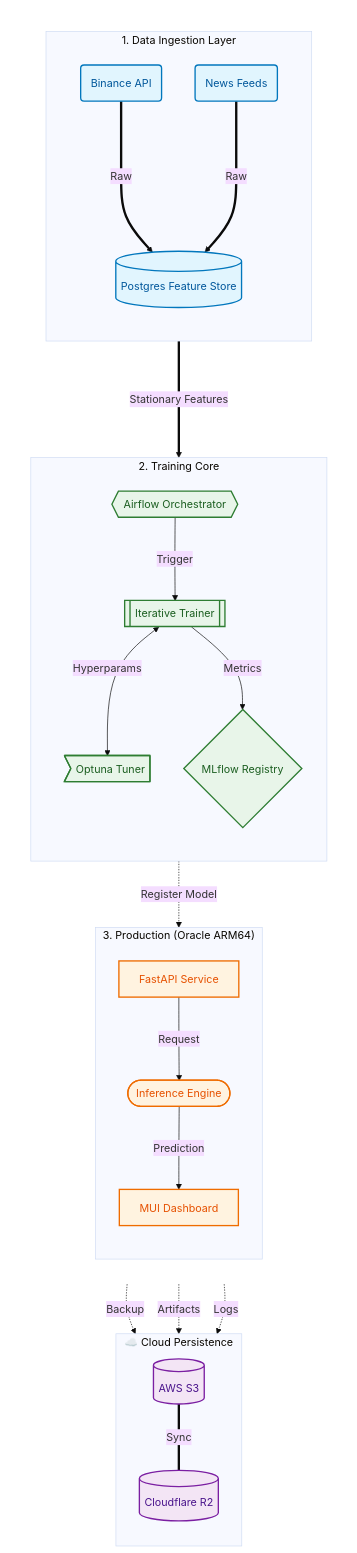
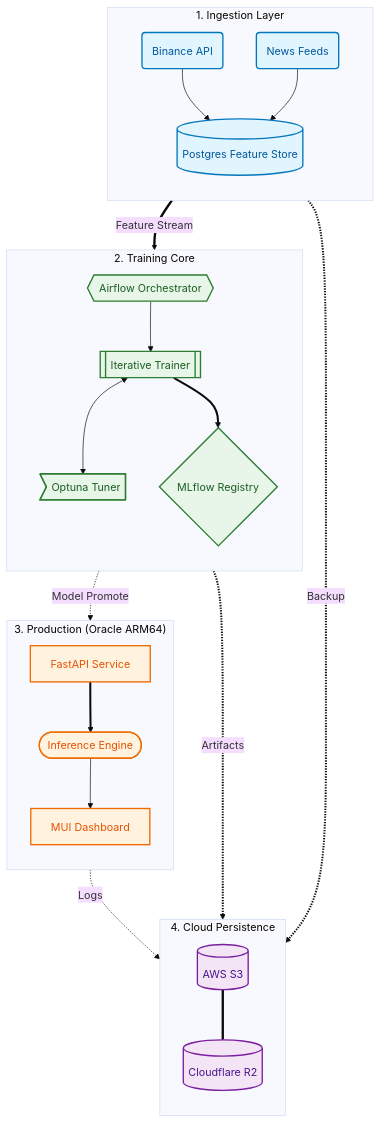
Before and after one commit to ChuLiYu/alphapulse-mlops-platform: the diagram in README.md, drawn with Mermaid (base theme).

Commit message:
docs: optimize mermaid layering by reordering link definitions

````diff
--- a/README.md
+++ b/README.md
@@ -14,73 +14,73 @@
 ```mermaid
 %%{init: {'flowchart': {'curve': 'basis'}}}%%
 flowchart TD
     %% --- Color Palette ---
     classDef data fill:#E1F5FE,stroke:#0277BD,stroke-width:2px,color:#01579B;
     classDef compute fill:#E8F5E9,stroke:#2E7D32,stroke-width:2px,color:#1B5E20;
     classDef prod fill:#FFF3E0,stroke:#EF6C00,stroke-width:2px,color:#E65100;
     classDef storage fill:#F3E5F5,stroke:#7B1FA2,stroke-width:2px,color:#4A148C;
-    
-    %% --- Main Pipeline Stack (Left Column) ---
-    subgraph Main_Stack [ ]
+
+    %% --- 1. Subgraph Definitions (No Connections Yet) ---
+    subgraph Data_Hub ["1. Ingestion Layer"]
         direction TB
-        style Main_Stack fill:none,stroke:none
-
-        subgraph Data_Hub ["1. Data Ingestion Layer"]
-            direction TB
-            S1(Binance API)
-            S2(News Feeds)
-            FS[(Postgres Feature Store)]
-        end
-
-        subgraph MLOps_Engine ["2. Training Core"]
-            direction TB
-            T1{{Airflow Orchestrator}}
-            T2[[Iterative Trainer]]
-            T3{MLflow Registry}
-            T4>Optuna Tuner]
-        end
-
-        subgraph Prod_Cluster ["3. Production (Oracle ARM64)"]
-            direction TB
-            P1[FastAPI Service]
-            P2[MUI Dashboard]
-            P3([Inference Engine])
-        end
+        S1(Binance API)
+        S2(News Feeds)
+        FS[(Postgres Feature Store)]
     end
 
-    %% --- Storage Sidecar (Right Column) ---
-    subgraph Cloud_Tier ["☁️ Cloud Persistence"]
+    subgraph MLOps_Engine ["2. Training Core"]
+        direction TB
+        T1{{Airflow Orchestrator}}
+        T2[[Iterative Trainer]]
+        T3{MLflow Registry}
+        T4>Optuna Tuner]
+    end
+
+    subgraph Prod_Cluster ["3. Production (Oracle ARM64)"]
+        direction TB
+        P1[FastAPI Service]
+        P2[MUI Dashboard]
+        P3([Inference Engine])
+    end
+
+    subgraph Cloud_Tier ["4. Cloud Persistence"]
         direction TB
         ST1[(AWS S3)]
         ST2[(Cloudflare R2)]
     end
 
-    %% --- Routing & Connections ---
-    %% 1. Data Inflow
-    S1 & S2 ===>|Raw| FS
+    %% --- 2. Internal Connections (Short) ---
+    %% Data Hub Internal
+    S1 & S2 --> FS
     
-    %% 2. Feature Store to Training (Direct Down)
-    FS ===>|Stationary Features| T1
+    %% Training Internal
+    T1 --> T2
+    T2 <--> T4
+    T2 --> T3
     
-    %% 3. Training Loop
-    T1 -->|Trigger| T2
-    T2 <-->|Hyperparams| T4
-    T2 -->|Metrics| T3
+    %% Production Internal
+    P1 --> P3
+    P3 --> P2
     
-    %% 4. Model Promotion (Async)
-    T3 -.->|Register Model| P1
-    P1 -->|Request| P3
-    P3 -->|Prediction| P2
+    %% Storage Internal
+    ST1 === ST2
 
-    %% 5. Persistence Routing (To the Right - No Crossing)
+    %% --- 3. Cross-Layer Connections (Long - Drawn Last to stay on Top) ---
+    %% Main Flow
+    FS ==>|Feature Stream| T1
+    T3 -.->|Model Promote| P1
+    
+    %% Side Flows (Storage) - Using linkStyle to ensure visibility
     FS -.->|Backup| ST1
     T3 -.->|Artifacts| ST1
-    P1 -.->|Logs| ST2
-    ST1 ===|Sync| ST2
+    P1 -.->|Logs| ST1
 
     %% --- Styles ---
     class S1,S2,FS data
     class T1,T2,T3,T4 compute
     class P1,P2,P3 prod
     class ST1,ST2 storage
+    
+    %% Force thicker strokes for main flow
+    linkStyle 4,5,10,11 stroke-width:3px;
 ```
````
